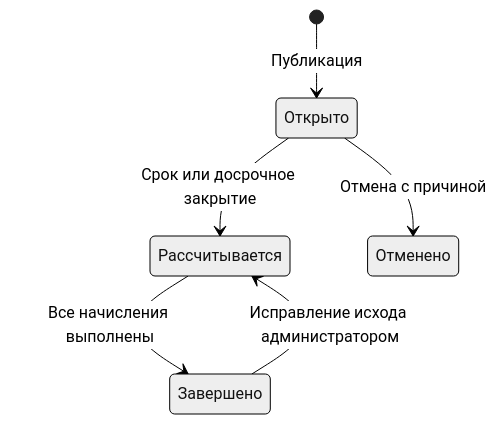
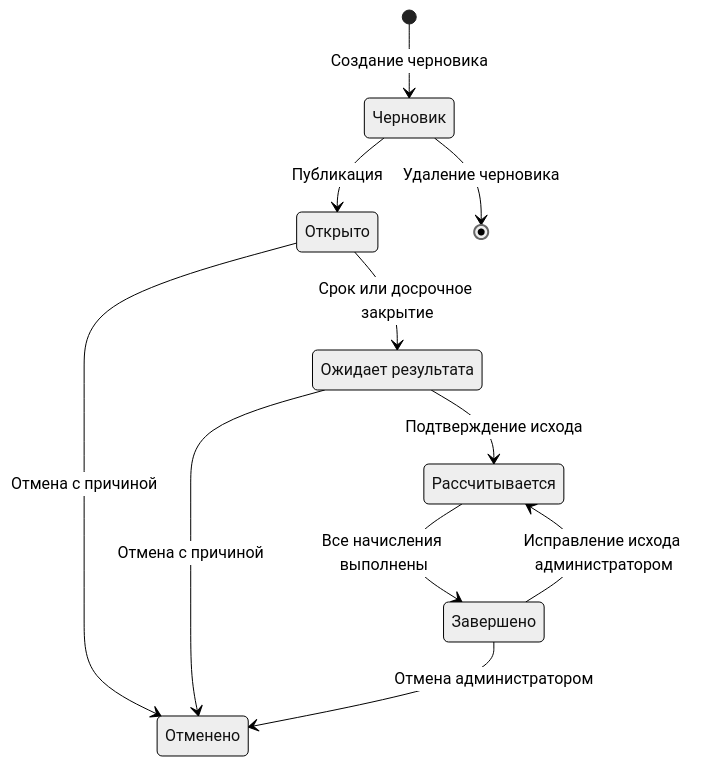
Before and after one commit to miatniykaras13/Predictify: the diagram in README.md, drawn with Mermaid (neutral theme). The commit also changed other lines of this file and 1 other file, not shown here.

Commit message:
docs: describe categories and event lifecycle

````diff
--- a/README.md
+++ b/README.md
@@ -85,13 +85,20 @@
 ```mermaid
 stateDiagram-v2
+    state "Черновик" as Draft
     state "Открыто" as Open
+    state "Ожидает результата" as AwaitingResult
     state "Рассчитывается" as Calculating
     state "Завершено" as Completed
     state "Отменено" as Cancelled
 
-    [*] --> Open: Публикация
-    Open --> Calculating: Срок или досрочное закрытие
+    [*] --> Draft: Создание черновика
+    Draft --> [*]: Удаление черновика
+    Draft --> Open: Публикация
+    Open --> AwaitingResult: Срок или досрочное закрытие
+    Open --> Cancelled: Отмена с причиной
+    AwaitingResult --> Calculating: Подтверждение исхода
+    AwaitingResult --> Cancelled: Отмена с причиной
     Calculating --> Completed: Все начисления выполнены
-    Open --> Cancelled: Отмена с причиной
     Completed --> Calculating: Исправление исхода администратором
+    Completed --> Cancelled: Отмена администратором
 ```
````
